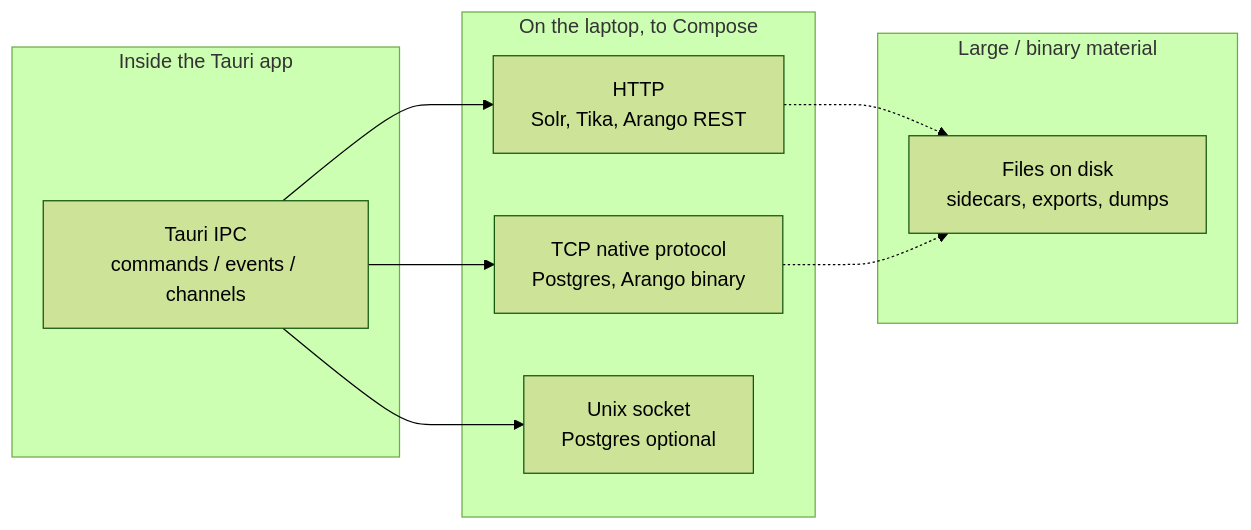
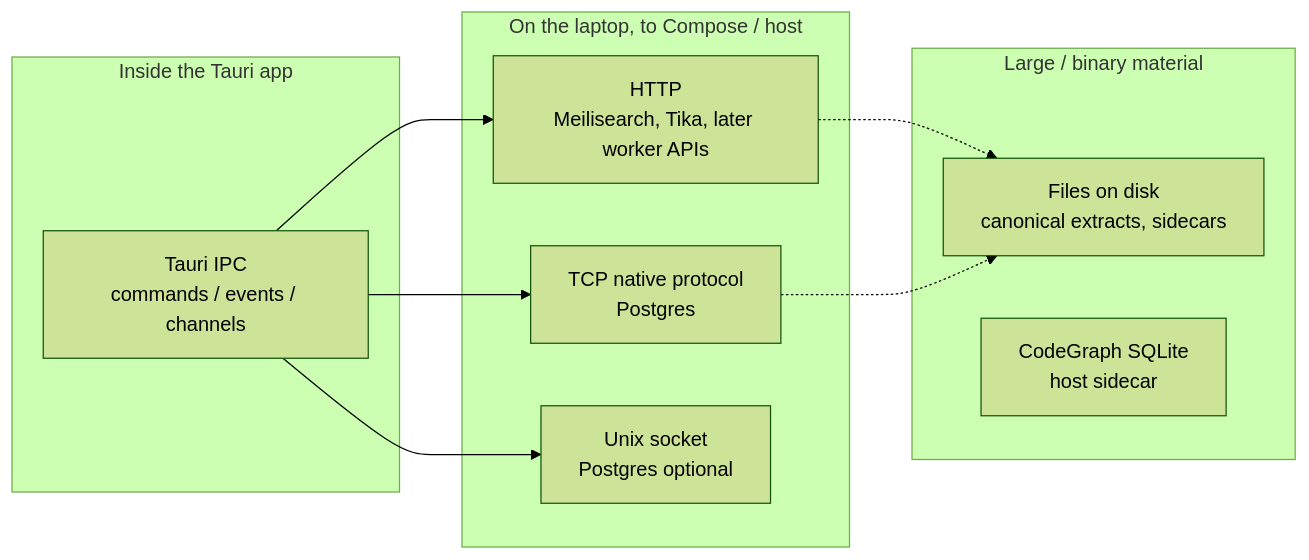
Before and after one commit to Paulmicha/projet-complexe-asc: the sixth of 8 diagrams in data/ideas/2026/08/17-local-dev-stack-architecture.md, drawn with Mermaid (forest theme). The commit also changed other lines of this file and 322 other files, not shown here.

````diff
--- a/data/ideas/2026/08/17-local-dev-stack-architecture.md
+++ b/data/ideas/2026/08/17-local-dev-stack-architecture.md
@@ -270,22 +319,23 @@
 ```mermaid
 flowchart LR
   subgraph inapp["Inside the Tauri app"]
     IPC["Tauri IPC<br/>commands / events / channels"]
   end
 
-  subgraph loopback["On the laptop, to Compose"]
-    HTTP["HTTP<br/>Solr, Tika, Arango REST"]
-    TCP["TCP native protocol<br/>Postgres, Arango binary"]
+  subgraph loopback["On the laptop, to Compose / host"]
+    HTTP["HTTP<br/>Meilisearch, Tika, later worker APIs"]
+    TCP["TCP native protocol<br/>Postgres"]
     UNIX["Unix socket<br/>Postgres optional"]
   end
 
   subgraph bulky["Large / binary material"]
-    FILES["Files on disk<br/>sidecars, exports, dumps"]
+    FILES["Files on disk<br/>canonical extracts, sidecars"]
+    SQLITE["CodeGraph SQLite<br/>host sidecar"]
   end
 
   IPC --> HTTP
   IPC --> TCP
   IPC --> UNIX
   HTTP -.-> FILES
   TCP -.-> FILES
 ```
````
